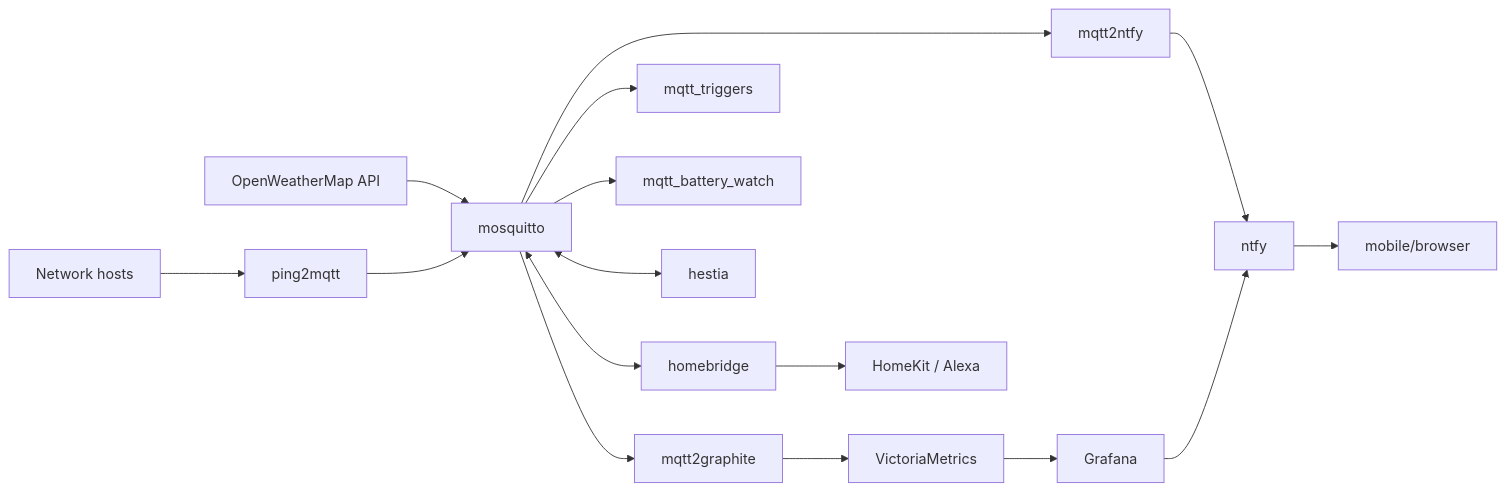
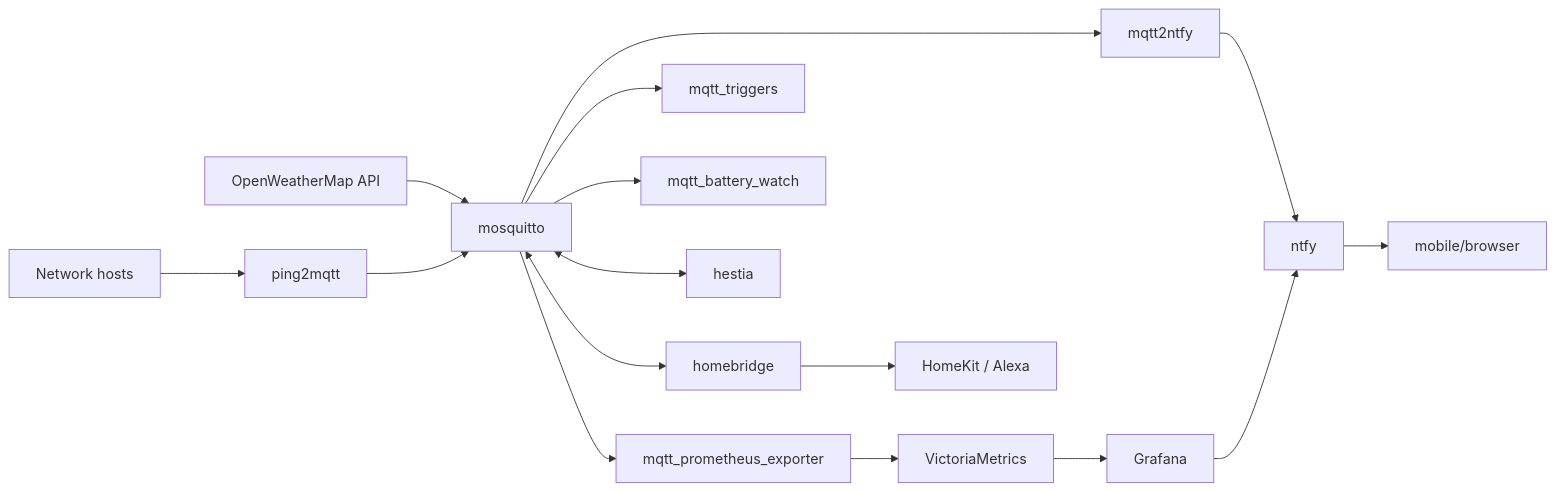
Before and after one commit to skullydazed/ai-server-redwood: the diagram in README.md, drawn with Mermaid. The commit also changed other lines of this file and 5 other files, not shown here.

First line of the commit message:
Migrate mqtt2graphite -> mqtt_prometheus_exporter

````diff
--- a/README.md
+++ b/README.md
@@ -101,13 +101,13 @@
 ```mermaid
 graph LR
     OWM[OpenWeatherMap API] --> mosquitto
     hosts[Network hosts] --> ping2mqtt --> mosquitto
-    mosquitto --> mqtt2graphite --> VictoriaMetrics --> Grafana
+    mosquitto --> mqtt_prometheus_exporter --> VictoriaMetrics --> Grafana
     mosquitto --> mqtt_triggers
 mosquitto --> mqtt_battery_watch
     mosquitto <--> hestia
     mosquitto --> mqtt2ntfy --> ntfy
     Grafana --> ntfy
     ntfy --> client[mobile/browser]
     mosquitto <--> homebridge --> HomeKit[HomeKit / Alexa]
 ```
````
